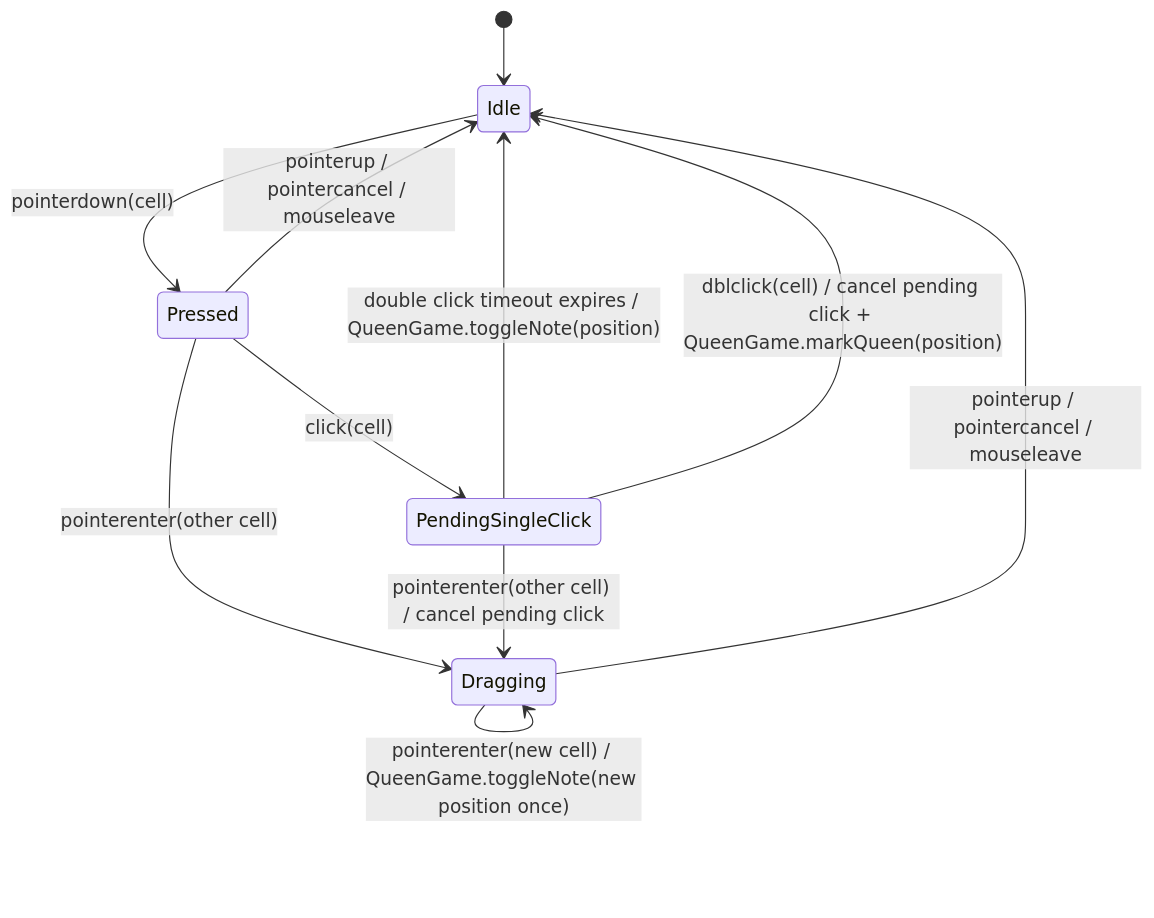
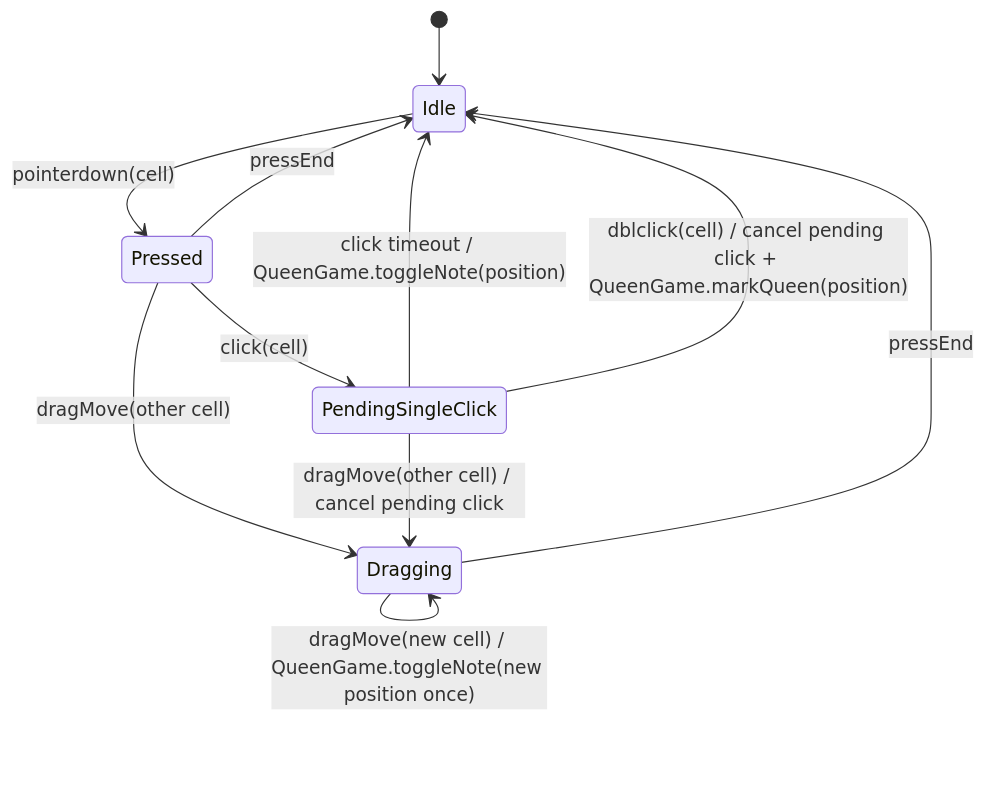
The diagram in AGENTS.md (clhuang224/queener), drawn with Mermaid before and after one commit. The commit also changed other lines of this file and 3 other files, not shown here.

First line of the commit message:
fix(game): support mobile drag interactions

````diff
--- a/AGENTS.md
+++ b/AGENTS.md
@@ -284,16 +289,16 @@
 ```mermaid
 stateDiagram-v2
   [*] --> Idle
 
   Idle --> Pressed: pointerdown(cell)
   Pressed --> PendingSingleClick: click(cell)
-  Pressed --> Dragging: pointerenter(other cell)
-  Pressed --> Idle: pointerup / pointercancel / mouseleave
+  Pressed --> Dragging: dragMove(other cell)
+  Pressed --> Idle: pressEnd
 
-  PendingSingleClick --> Idle: double click timeout expires / QueenGame.toggleNote(position)
+  PendingSingleClick --> Idle: click timeout / QueenGame.toggleNote(position)
   PendingSingleClick --> Idle: dblclick(cell) / cancel pending click + QueenGame.markQueen(position)
-  PendingSingleClick --> Dragging: pointerenter(other cell) / cancel pending click
+  PendingSingleClick --> Dragging: dragMove(other cell) / cancel pending click
 
-  Dragging --> Dragging: pointerenter(new cell) / QueenGame.toggleNote(new position once)
-  Dragging --> Idle: pointerup / pointercancel / mouseleave
+  Dragging --> Dragging: dragMove(new cell) / QueenGame.toggleNote(new position once)
+  Dragging --> Idle: pressEnd
 ```
````
